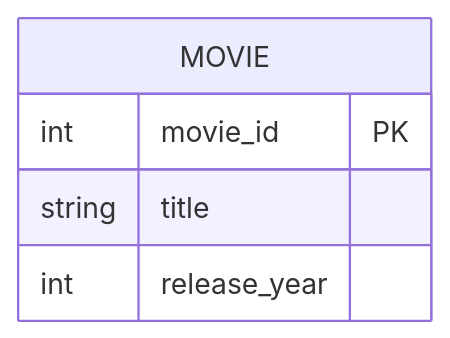
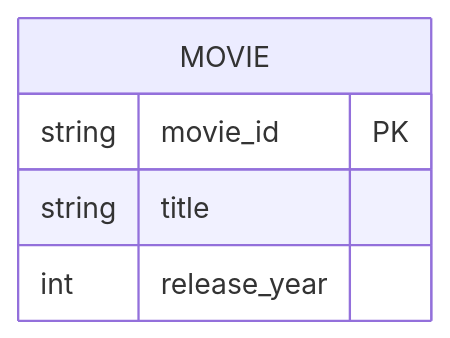
The diagram in Obsidian_Vault/2-Academic/Autumn 2025/Database_Systems/3_Relational_Model_And_Database_Design/Primary_Key.md (DagimAlemayehuu/Ater), drawn with Mermaid before and after one commit. The commit also changed other lines of this file and 41 other files, not shown here.

````diff
--- a/Obsidian_Vault/2-Academic/Autumn 2025/Database_Systems/3_Relational_Model_And_Database_Design/Primary_Key.md
+++ b/Obsidian_Vault/2-Academic/Autumn 2025/Database_Systems/3_Relational_Model_And_Database_Design/Primary_Key.md
@@ -39,8 +32,8 @@
 ```mermaid
 erDiagram
     MOVIE {
-        int movie_id PK
+        string movie_id PK
         string title
         int release_year
     }
 ```
````
